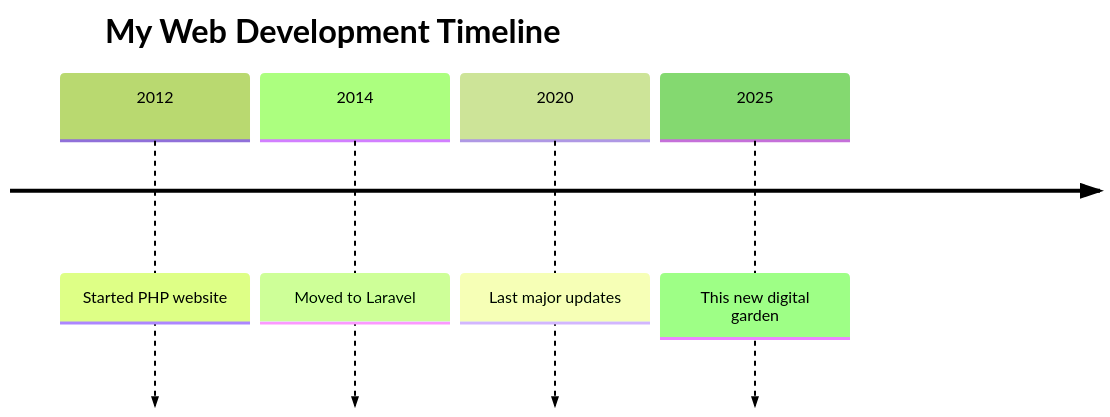
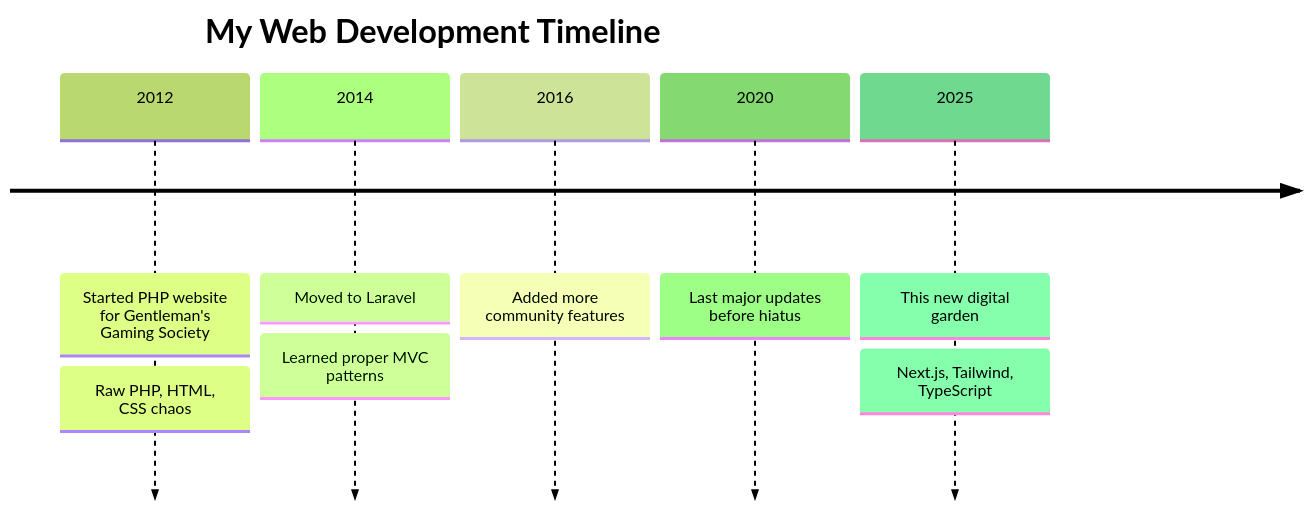
Before and after one commit to johnnyhuy/website: the diagram in data/blog/reigniting-the-flame.mdx, drawn with Mermaid (forest theme). The commit also changed other lines of this file and 1 other file, not shown here.

````diff
--- a/data/blog/reigniting-the-flame.mdx
+++ b/data/blog/reigniting-the-flame.mdx
@@ -21,8 +24,12 @@
 ```mermaid
 timeline
     title My Web Development Timeline
-    2012 : Started PHP website
+    2012 : Started PHP website for Gentleman's Gaming Society
+         : Raw PHP, HTML, CSS chaos
     2014 : Moved to Laravel
-    2020 : Last major updates
+         : Learned proper MVC patterns
+    2016 : Added more community features
+    2020 : Last major updates before hiatus
     2025 : This new digital garden
+         : Next.js, Tailwind, TypeScript
 ```
````
